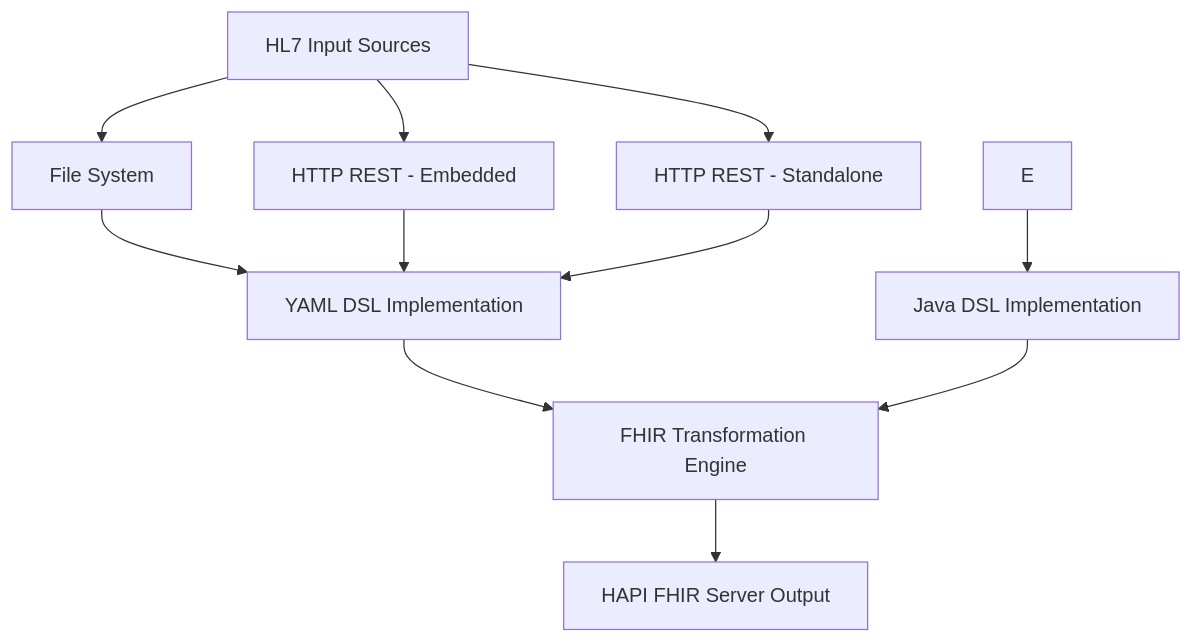
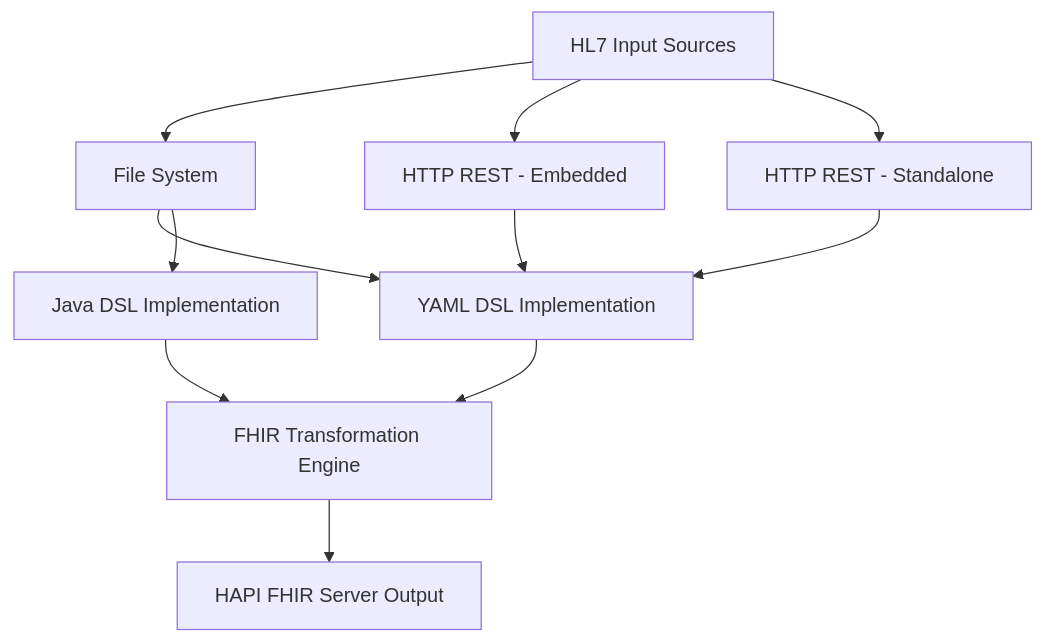
Before and after one commit to ASS-MUIT/camel: the first of 3 diagrams in architecture.md, drawn with Mermaid.

Commit message:
Update architecture diagram to reflect Java DSL implementation

````diff
--- a/architecture.md
+++ b/architecture.md
@@ -15,16 +15,16 @@
 ```mermaid
 graph TD
     A[HL7 Input Sources] --> B[File System]
     A --> C[HTTP REST - Embedded]
     A --> D[HTTP REST - Standalone]
     
     B --> F[YAML DSL Implementation]
     C --> F
     D --> F
-    E --> G[Java DSL Implementation]
+    B --> G[Java DSL Implementation]
     
     F --> H[FHIR Transformation Engine]
     G --> H
     
     H --> I[HAPI FHIR Server Output]
 ```
````
